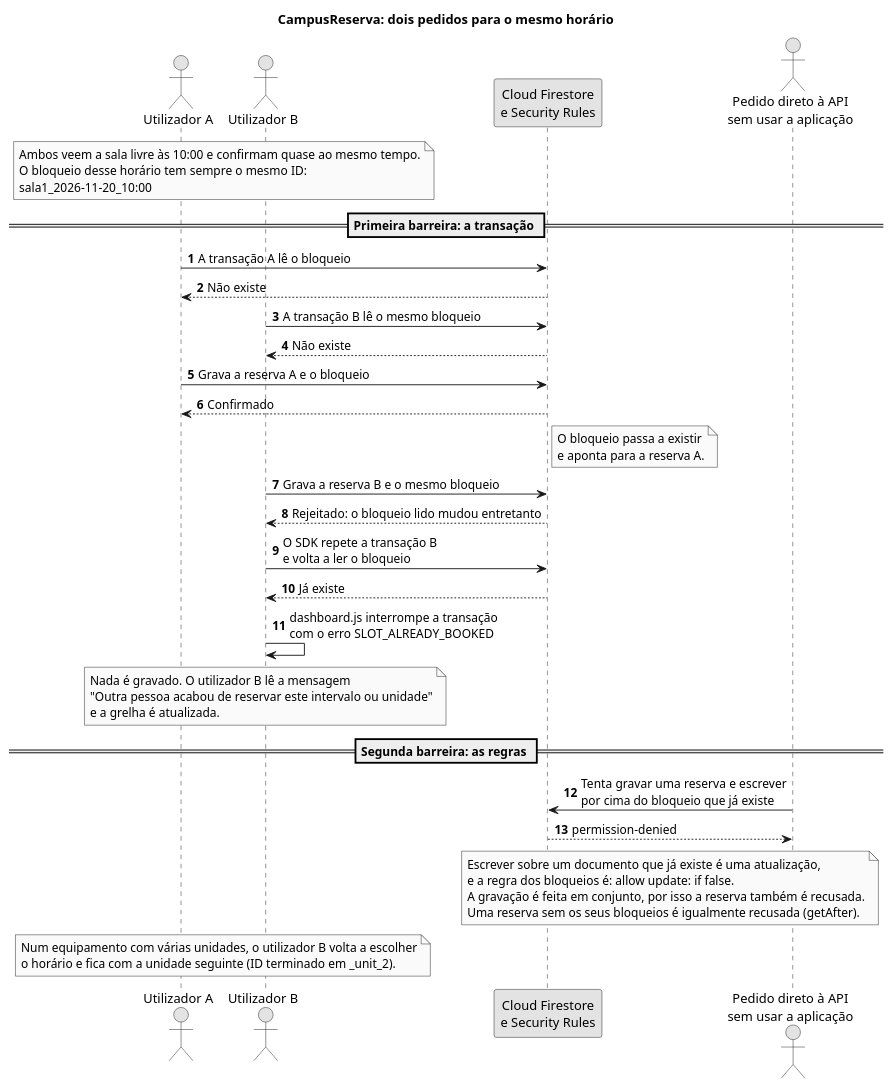
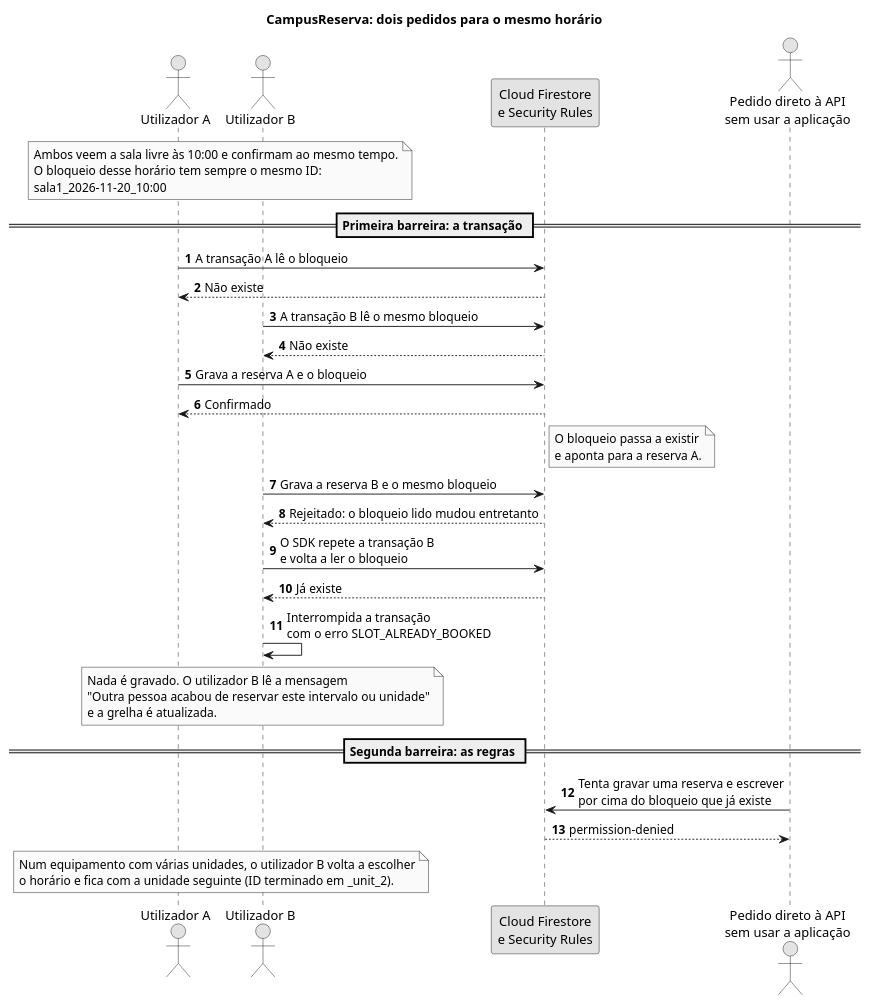
Before and after one commit to diogofcpereira/CampusReserva: the diagram in docs/diagramas/sequencia-concorrencia.puml, drawn with PlantUML. The commit also changed 1 other file, not shown here.

Commit message:
Diagrama sequencia-concorrencia update

```diff
--- a/docs/diagramas/sequencia-concorrencia.puml
+++ b/docs/diagramas/sequencia-concorrencia.puml
@@ -1,62 +1,55 @@
 @startuml sequencia-concorrencia
 
 title CampusReserva: dois pedidos para o mesmo horário
 
 skinparam monochrome true
 skinparam shadowing false
 autonumber
 
 actor "Utilizador A" as A
 actor "Utilizador B" as B
 participant "Cloud Firestore\ne Security Rules" as F
 actor "Pedido direto à API\nsem usar a aplicação" as X
 
 note over A, B
-  Ambos veem a sala livre às 10:00 e confirmam quase ao mesmo tempo.
+  Ambos veem a sala livre às 10:00 e confirmam ao mesmo tempo.
   O bloqueio desse horário tem sempre o mesmo ID:
   sala1_2026-11-20_10:00
 end note
 
 == Primeira barreira: a transação ==
 
 A -> F : A transação A lê o bloqueio
 F --> A : Não existe
 B -> F : A transação B lê o mesmo bloqueio
 F --> B : Não existe
 A -> F : Grava a reserva A e o bloqueio
 F --> A : Confirmado
 
 note right of F
   O bloqueio passa a existir
   e aponta para a reserva A.
 end note
 
 B -> F : Grava a reserva B e o mesmo bloqueio
 F --> B : Rejeitado: o bloqueio lido mudou entretanto
 B -> F : O SDK repete a transação B\ne volta a ler o bloqueio
 F --> B : Já existe
-B -> B : dashboard.js interrompe a transação\ncom o erro SLOT_ALREADY_BOOKED
+B -> B : Interrompida a transação\ncom o erro SLOT_ALREADY_BOOKED
 
 note over B
   Nada é gravado. O utilizador B lê a mensagem
   "Outra pessoa acabou de reservar este intervalo ou unidade"
   e a grelha é atualizada.
 end note
 
 == Segunda barreira: as regras ==
 
 X -> F : Tenta gravar uma reserva e escrever\npor cima do bloqueio que já existe
 F --> X : permission-denied
 
-note over F, X
-  Escrever sobre um documento que já existe é uma atualização,
-  e a regra dos bloqueios é: allow update: if false.
-  A gravação é feita em conjunto, por isso a reserva também é recusada.
-  Uma reserva sem os seus bloqueios é igualmente recusada (getAfter).
-end note
-
 note over A, B
   Num equipamento com várias unidades, o utilizador B volta a escolher
   o horário e fica com a unidade seguinte (ID terminado em _unit_2).
 end note
 @enduml
```
